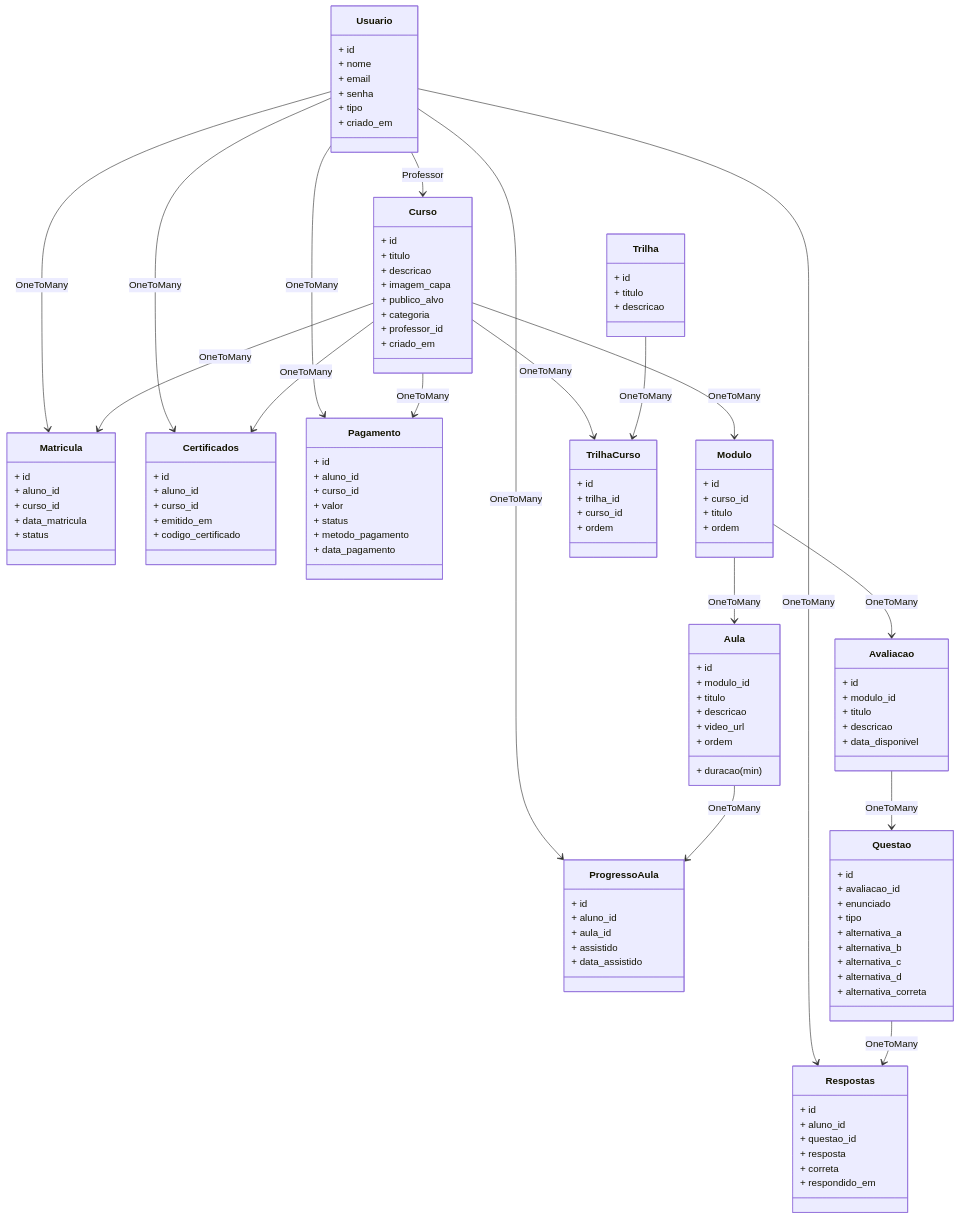
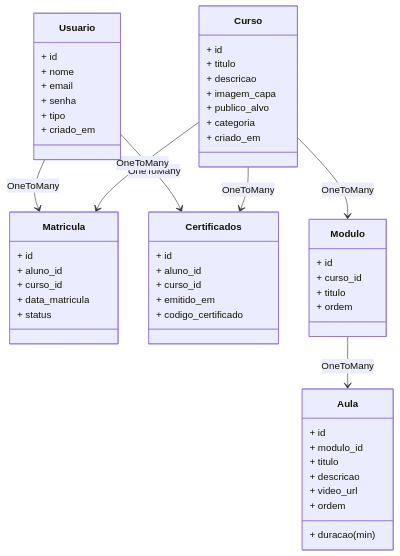
The diagram in README.md (JoseEduardo-max/Escola_EAD), drawn with Mermaid before and after one commit. The commit also changed 1 other file, not shown here.

Commit message:
reformula o banco

````diff
--- a/README.md
+++ b/README.md
@@ -89,29 +89,24 @@
 ```mermaid
 classDiagram
   
-    Usuario --> Curso: Professor
+
     Usuario --> Matricula: OneToMany
-    Usuario --> ProgressoAula: OneToMany
-    Usuario --> Respostas: OneToMany
+ 
+ 
     Usuario --> Certificados: OneToMany
-    Usuario --> Pagamento: OneToMany
+
 
     Curso --> Modulo: OneToMany
     Curso --> Matricula: OneToMany
     Curso --> Certificados: OneToMany
-    Curso --> Pagamento: OneToMany
-    Curso --> TrilhaCurso: OneToMany
+
 
     Modulo --> Aula: OneToMany
-    Modulo --> Avaliacao: OneToMany
 
-    Aula --> ProgressoAula: OneToMany
 
-    Avaliacao --> Questao: OneToMany
+   
 
-    Questao --> Respostas: OneToMany
 
-    Trilha --> TrilhaCurso: OneToMany
 
   
     class Usuario {
@@ -130,7 +125,7 @@
         + imagem_capa
         + publico_alvo
         + categoria
-        + professor_id
+     
         + criado_em
     }
 
@@ -160,43 +155,7 @@
 
     }
 
-    class ProgressoAula {
-        + id
-        + aluno_id
-        + aula_id
-        + assistido
-        + data_assistido
-    }
 
-    class Avaliacao {
-        + id
-        + modulo_id
-        + titulo
-        + descricao
-        + data_disponivel
-    }
-
-    class Questao {
-        + id
-        + avaliacao_id
-        + enunciado
-        + tipo 
-        + alternativa_a
-        + alternativa_b
-        + alternativa_c
-        + alternativa_d
-        + alternativa_correta
-    }
-
-
-    class Respostas {
-        + id
-        + aluno_id
-        + questao_id
-        + resposta
-        + correta
-        + respondido_em
-    }
 
 
     class Certificados {
@@ -207,27 +166,7 @@
         + codigo_certificado
     }
 
-    class Pagamento {
-        + id
-        + aluno_id
-        + curso_id
-        + valor
-        + status
-        + metodo_pagamento
-        + data_pagamento
-    }
 
-    class Trilha {
-        + id
-        + titulo
-        + descricao
-    }
 
-    class TrilhaCurso {
-        + id
-        + trilha_id
-        + curso_id
-        + ordem
-    }
 
 ```
````
